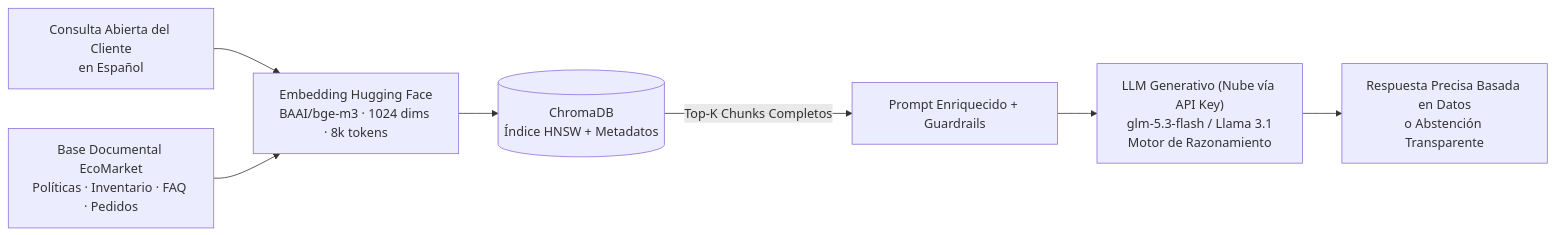
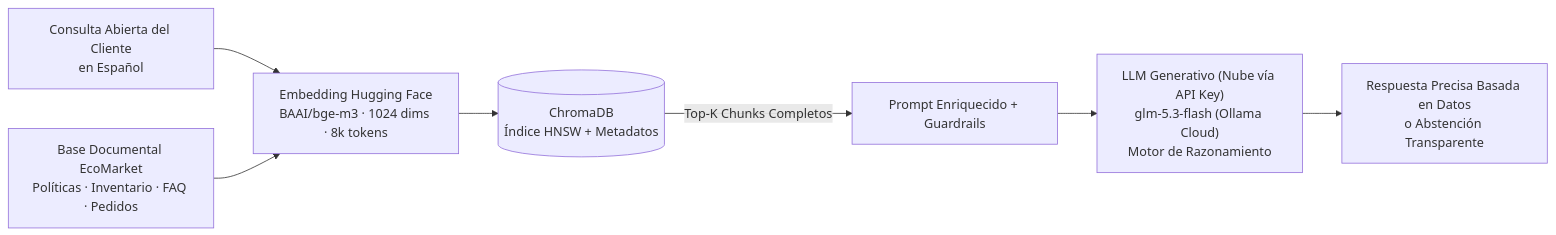
One commit to Pipicano25/Taller-EcoMarket-RAG changed the first of 2 diagrams in fase1&2/caso_de_estudio_taller2.md. Above: the diagram before and after it, drawn with Mermaid. The commit also changed other lines of this file and 1 other file, not shown here.

````diff
--- a/fase1&2/caso_de_estudio_taller2.md
+++ b/fase1&2/caso_de_estudio_taller2.md
@@ -103,9 +103,9 @@
 ```mermaid
 flowchart LR
     U[Consulta Abierta del Cliente<br/>en Español] --> E[Embedding Hugging Face<br/>BAAI/bge-m3 · 1024 dims · 8k tokens]
     D[Base Documental EcoMarket<br/>Políticas · Inventario · FAQ · Pedidos] --> E
     E --> C[(ChromaDB<br/>Índice HNSW + Metadatos)]
     C -->|Top-K Chunks Completos| P[Prompt Enriquecido + Guardrails]
-    P --> L["LLM Generativo (Nube vía API Key)<br/>glm-5.3-flash / Llama 3.1<br/>Motor de Razonamiento"]
+    P --> L["LLM Generativo (Nube vía API Key)<br/>glm-5.3-flash (Ollama Cloud)<br/>Motor de Razonamiento"]
     L --> R[Respuesta Precisa Basada en Datos<br/>o Abstención Transparente]
 ```
````
